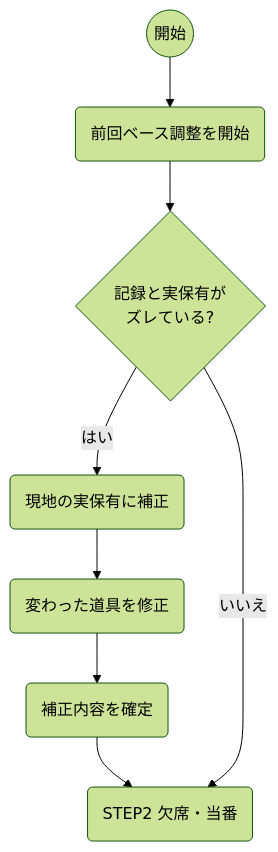
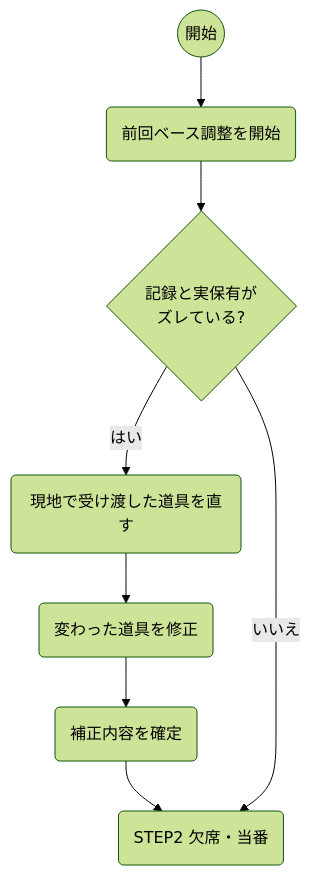
The seventh of 16 diagrams in boys15/docs/TCB-MAN-001_道具割り振りツール_操作マニュアル_v1.5.md (tcb15-admin/tcb-tools), drawn with Mermaid (forest theme) before and after one commit. The commit also changed other lines of this file and 25 other files, not shown here.

````diff
--- a/boys15/docs/TCB-MAN-001_道具割り振りツール_操作マニュアル_v1.5.md
+++ b/boys15/docs/TCB-MAN-001_道具割り振りツール_操作マニュアル_v1.5.md
@@ -230,10 +233,10 @@
 ```mermaid
 flowchart TD
     S((開始)) --> ST(前回ベース調整を開始)
     ST --> AH{記録と実保有が<br/>ズレている?}
-    AH -->|はい| FIX(現地の実保有に補正)
+    AH -->|はい| FIX(現地で受け渡した道具を直す)
     FIX --> EDIT(変わった道具を修正)
     EDIT --> SAVE(補正内容を確定)
     SAVE --> S2(STEP2 欠席・当番)
     AH -->|いいえ| S2
 ```
````
